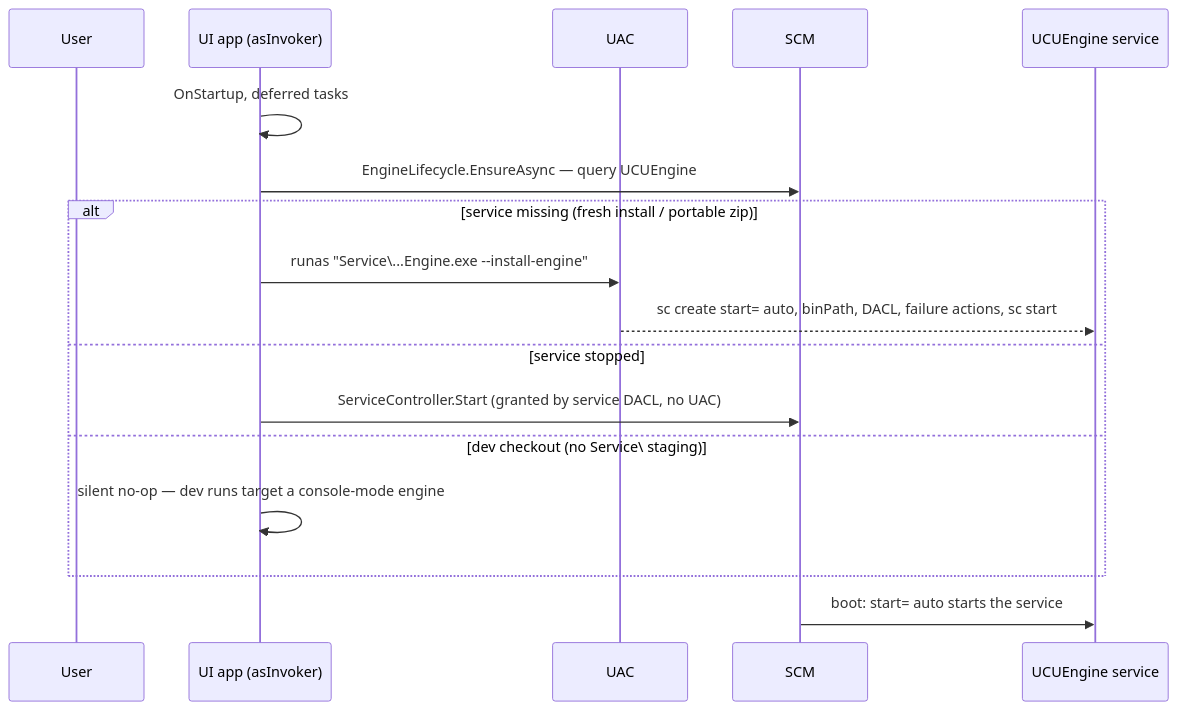
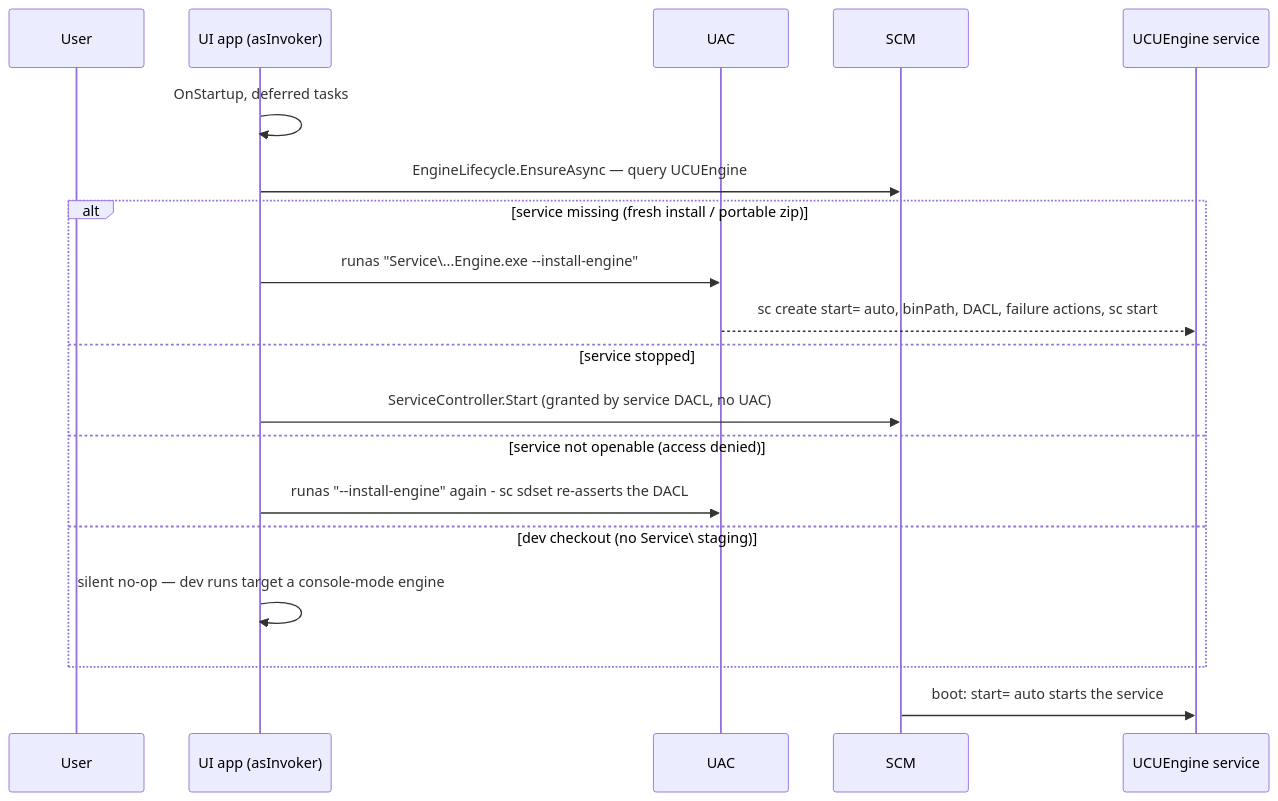
Before and after one commit to Uniwill-Control-Utility/Uniwill-Control-Utility: the first of 4 diagrams in wiki/architecture/startup-and-lifecycle.md, drawn with Mermaid. The commit also changed other lines of this file and 13 other files, not shown here.

````diff
--- a/wiki/architecture/startup-and-lifecycle.md
+++ b/wiki/architecture/startup-and-lifecycle.md
@@ -7,20 +7,22 @@
 ```mermaid
 sequenceDiagram
     participant User
     participant App as UI app (asInvoker)
     participant UAC as UAC
     participant SCM
     participant Eng as UCUEngine service
 
     App->>App: OnStartup, deferred tasks
     App->>SCM: EngineLifecycle.EnsureAsync — query UCUEngine
     alt service missing (fresh install / portable zip)
         App->>UAC: runas "Service\...Engine.exe --install-engine"
         UAC-->>Eng: sc create start= auto, binPath, DACL, failure actions, sc start
     else service stopped
         App->>SCM: ServiceController.Start (granted by service DACL, no UAC)
+    else service not openable (access denied)
+        App->>UAC: runas "--install-engine" again - sc sdset re-asserts the DACL
     else dev checkout (no Service\ staging)
         App->>App: silent no-op — dev runs target a console-mode engine
     end
     SCM->>Eng: boot: start= auto starts the service
 ```
````
